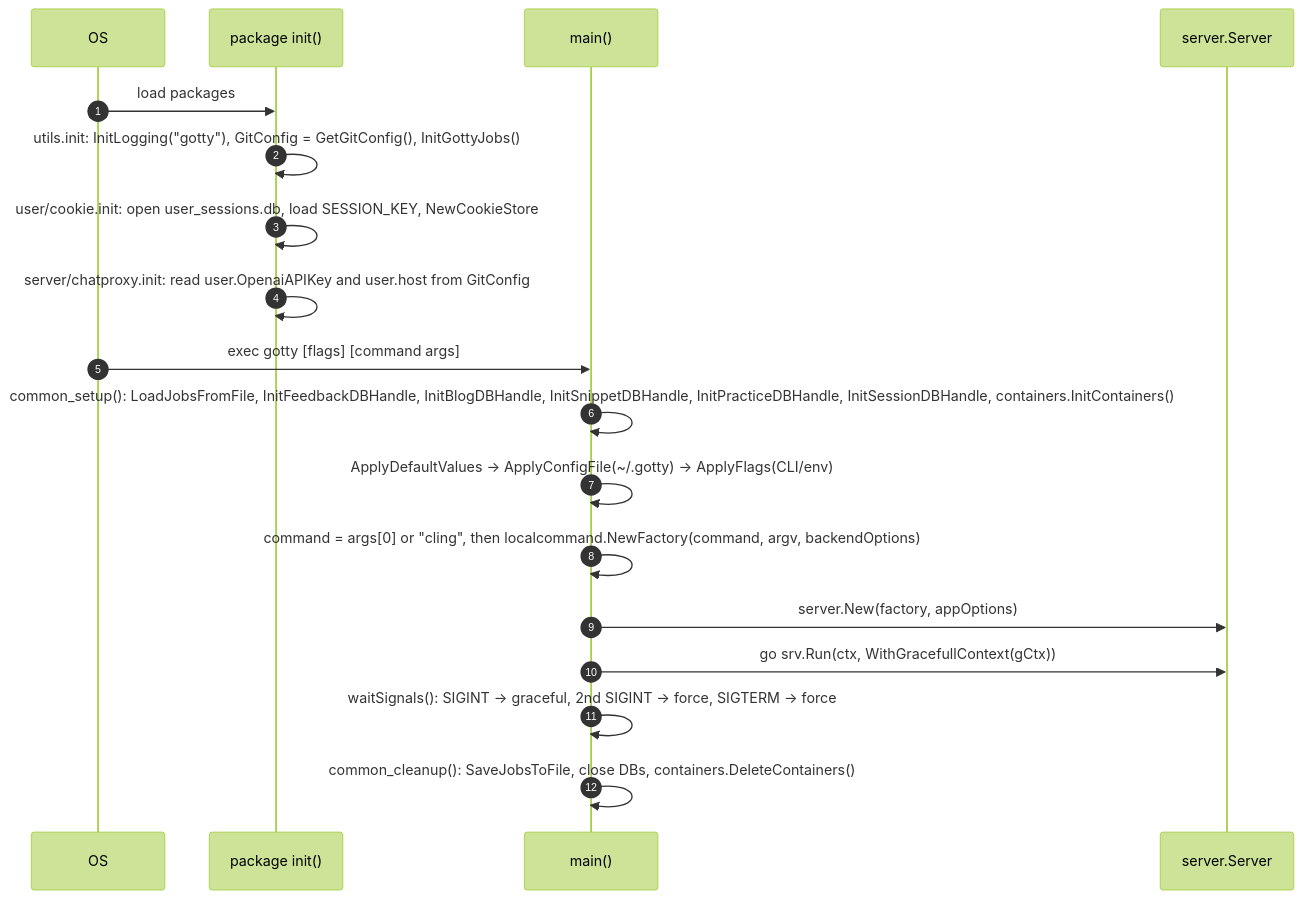
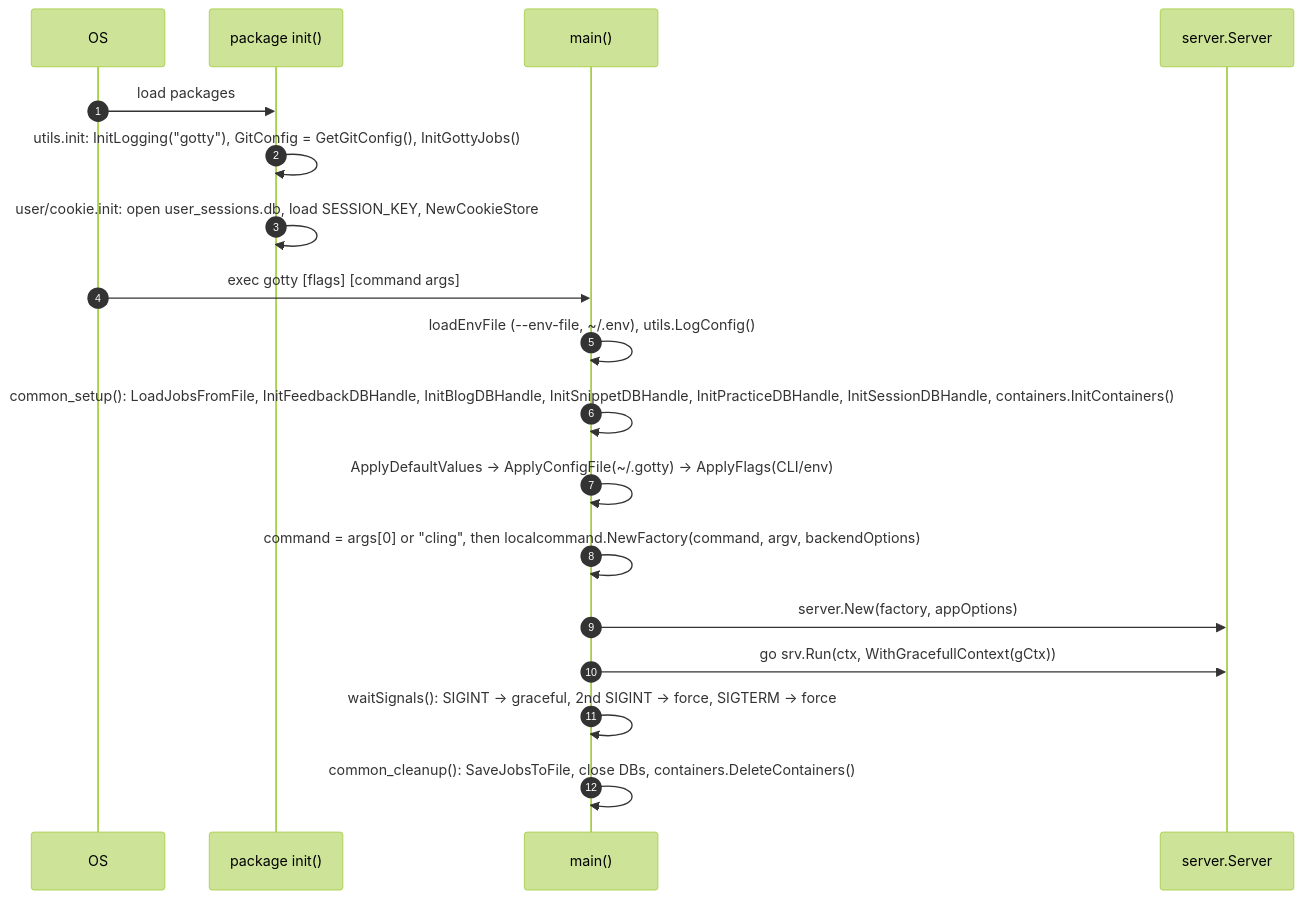
Before and after one commit to vickeykumar/openrepl: the first of 2 diagrams in docs/lld/01-server-and-routing.md, drawn with Mermaid (forest theme). The commit also changed other lines of this file and 67 other files, not shown here.

````diff
--- a/docs/lld/01-server-and-routing.md
+++ b/docs/lld/01-server-and-routing.md
@@ -7,20 +7,20 @@
 ```mermaid
 sequenceDiagram
     autonumber
     participant OS
     participant Init as package init()
     participant Main as main()
     participant Srv as server.Server
     OS->>Init: load packages
     Init->>Init: utils.init: InitLogging("gotty"), GitConfig = GetGitConfig(), InitGottyJobs()
     Init->>Init: user/cookie.init: open user_sessions.db, load SESSION_KEY, NewCookieStore
-    Init->>Init: server/chatproxy.init: read user.OpenaiAPIKey and user.host from GitConfig
     OS->>Main: exec gotty [flags] [command args]
+    Main->>Main: loadEnvFile (--env-file, ~/.env), utils.LogConfig()
     Main->>Main: common_setup(): LoadJobsFromFile, InitFeedbackDBHandle, InitBlogDBHandle, InitSnippetDBHandle, InitPracticeDBHandle, InitSessionDBHandle, containers.InitContainers()
     Main->>Main: ApplyDefaultValues → ApplyConfigFile(~/.gotty) → ApplyFlags(CLI/env)
     Main->>Main: command = args[0] or "cling", then localcommand.NewFactory(command, argv, backendOptions)
     Main->>Srv: server.New(factory, appOptions)
     Main->>Srv: go srv.Run(ctx, WithGracefullContext(gCtx))
     Main->>Main: waitSignals(): SIGINT → graceful, 2nd SIGINT → force, SIGTERM → force
     Main->>Main: common_cleanup(): SaveJobsToFile, close DBs, containers.DeleteContainers()
 ```
````
